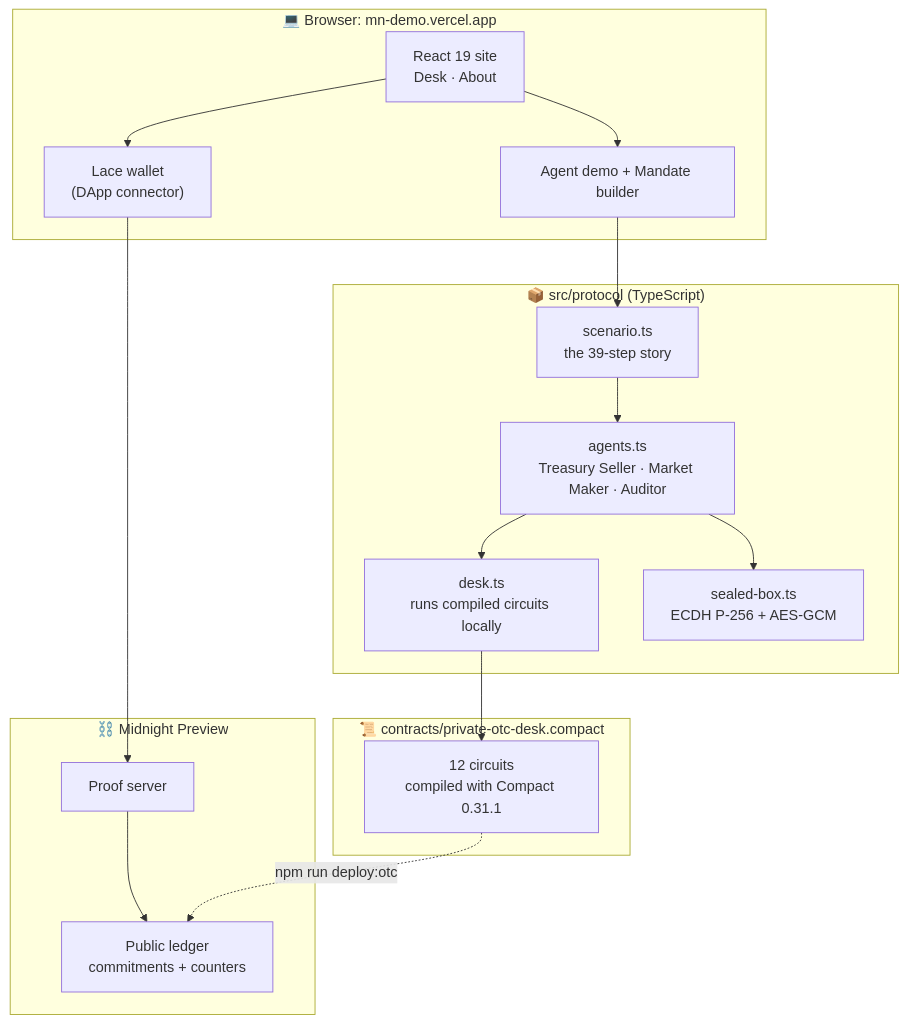
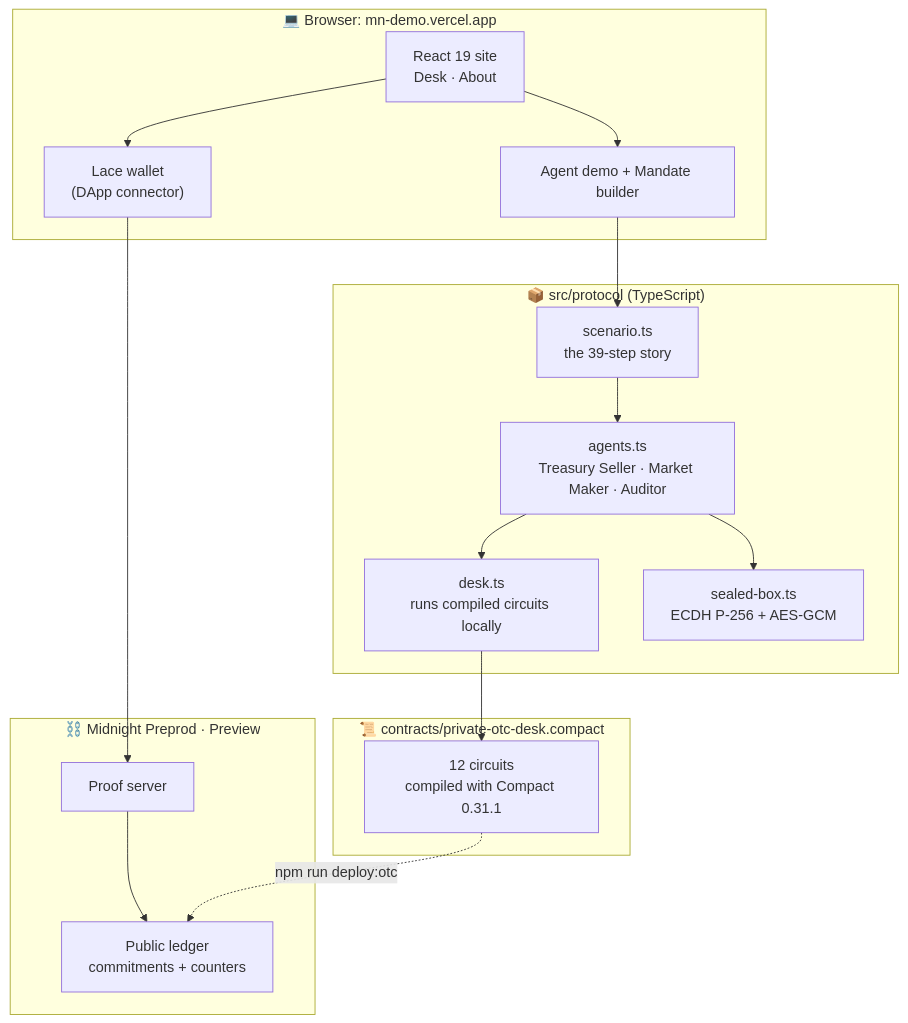
One commit to avishrakshe/Private-OTC-Agent-Desk-On-Midnight- changed the seventh of 9 diagrams in README.md. Above: the diagram before and after it, drawn with Mermaid. The commit also changed other lines of this file and 44 other files, not shown here.

````diff
--- a/README.md
+++ b/README.md
@@ -291,30 +314,30 @@
 ```mermaid
 flowchart TB
     subgraph Browser["💻 Browser: mn-demo.vercel.app"]
         UI["React 19 site<br/>Desk · About"]
         AG["Agent demo + Mandate builder"]
         LC["Lace wallet<br/>(DApp connector)"]
     end
 
     subgraph Protocol["📦 src/protocol (TypeScript)"]
         AGENTS["agents.ts<br/>Treasury Seller · Market Maker · Auditor"]
         DESK["desk.ts<br/>runs compiled circuits locally"]
         BOX["sealed-box.ts<br/>ECDH P-256 + AES-GCM"]
         SCEN["scenario.ts<br/>the 39-step story"]
     end
 
     subgraph Contract["📜 contracts/private-otc-desk.compact"]
         CIR["12 circuits<br/>compiled with Compact 0.31.1"]
     end
 
-    subgraph Midnight["⛓️ Midnight Preview"]
+    subgraph Midnight["⛓️ Midnight Preprod · Preview"]
         PS["Proof server"]
         L["Public ledger<br/>commitments + counters"]
     end
 
     UI --> AG --> SCEN --> AGENTS
     AGENTS --> DESK --> CIR
     AGENTS --> BOX
     UI --> LC --> PS --> L
     CIR -. "npm run deploy:otc" .-> L
 ```
````
